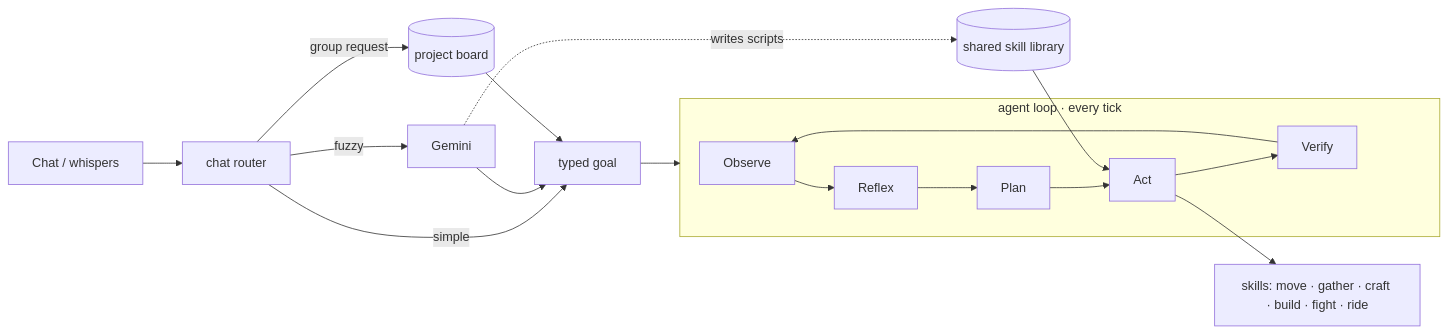
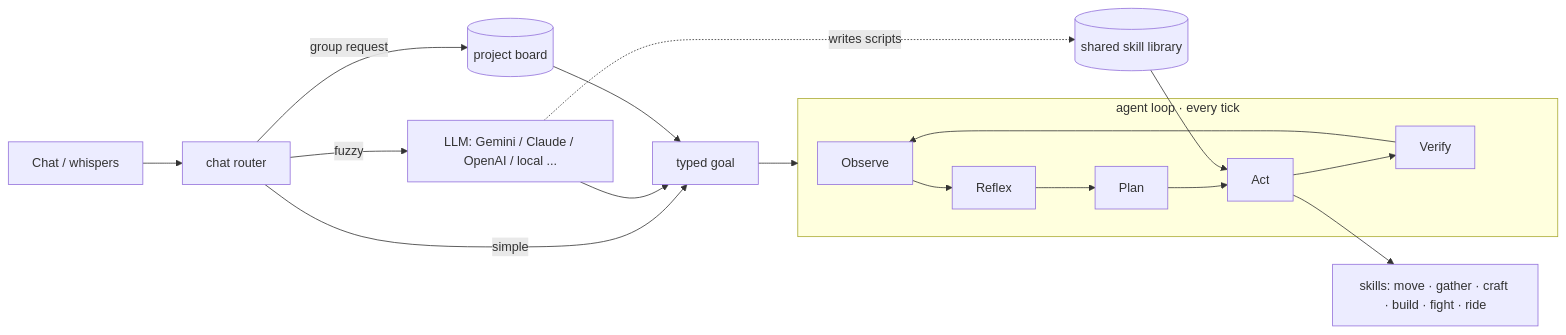
The diagram in README.md (thegauravgiri/minecraft-agents), drawn with Mermaid before and after one commit. The commit also changed other lines of this file and 8 other files, not shown here.

First line of the commit message:
Support any AI provider: Gemini, Claude, OpenAI, Groq, OpenRouter, DeepSeek, Grok, Mistral, Together, Ollama, LM Studio

````diff
--- a/README.md
+++ b/README.md
@@ -113,16 +114,16 @@
 ```mermaid
 flowchart LR
   Chat[Chat / whispers] --> Router[chat router]
   Router -->|simple| Goal[typed goal]
-  Router -->|fuzzy| LLM[Gemini]
+  Router -->|fuzzy| LLM[LLM: Gemini / Claude / OpenAI / local ...]
   LLM --> Goal
   Router -->|group request| Board[(project board)]
   Board --> Goal
   Goal --> Loop
   subgraph Loop [agent loop · every tick]
     Observe --> Reflex --> Plan --> Act --> Verify --> Observe
   end
   Act --> Skills[skills: move · gather · craft · build · fight · ride]
   LLM -. writes scripts .-> Library[(shared skill library)]
   Library --> Act
 ```
````
